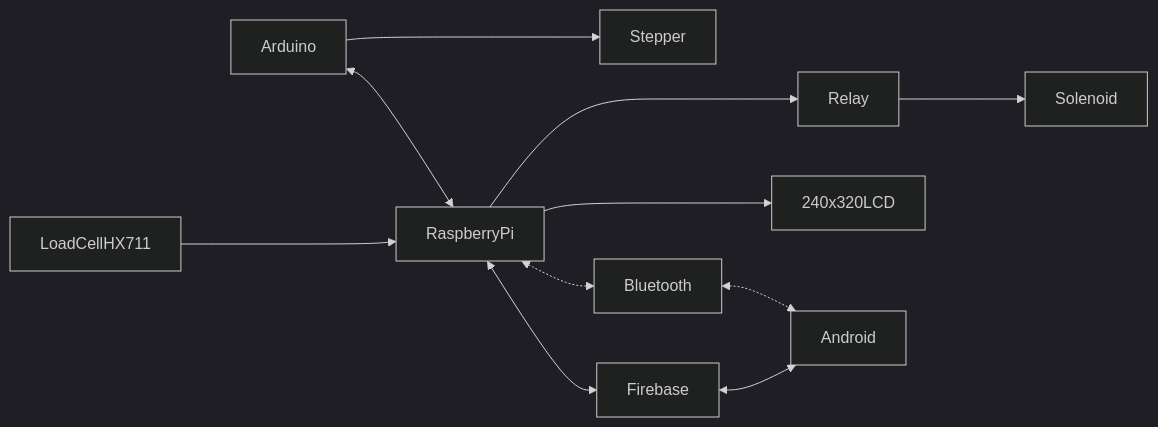
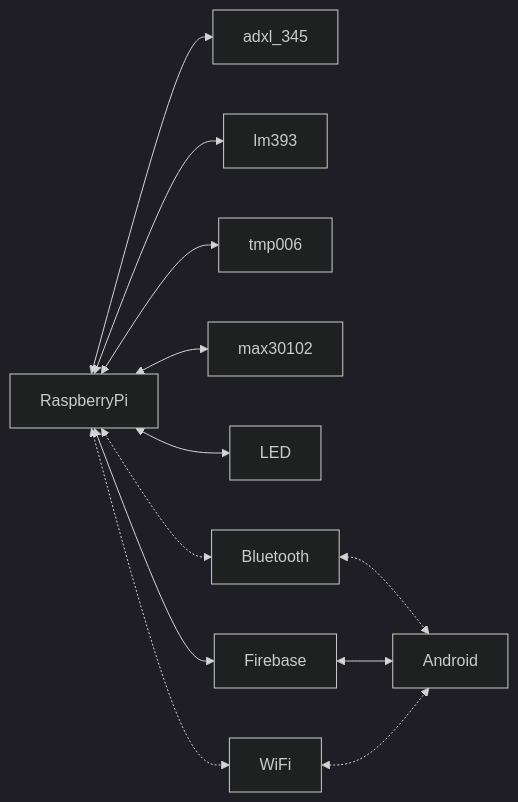
Before and after one commit to Naman-Pal/SIHMON: the diagram in ceng355wk01proposal.md, drawn with Mermaid (dark theme).

Commit message:
Added diagram in the ceng355wk01proposal.md

````diff
--- a/ceng355wk01proposal.md
+++ b/ceng355wk01proposal.md
@@ -102,8 +102,16 @@
 ```mermaid
-flowchart LR;RaspberryPi<-->Firebase;Firebase<-->Android;
+flowchart LR;
+RaspberryPi<-->adxl_345;
+RaspberryPi<-->lm393;
+RaspberryPi<-->tmp006;
+RaspberryPi<-->max30102;
+RaspberryPi<-->LED;
+
 RaspberryPi<-.->Bluetooth;
 Bluetooth<-.->Android;
-Arduino<-->RaspberryPi;
-Arduino--->Stepper;
-LoadCellHX711--->RaspberryPi; RaspberryPi--->240x320LCD;RaspberryPi--->Relay;Relay--->Solenoid;
+RaspberryPi<-->Firebase;
+Firebase<-->Android;
+WiFi<-.->Android;
+RaspberryPi<-.->WiFi;
+
 ```
````
